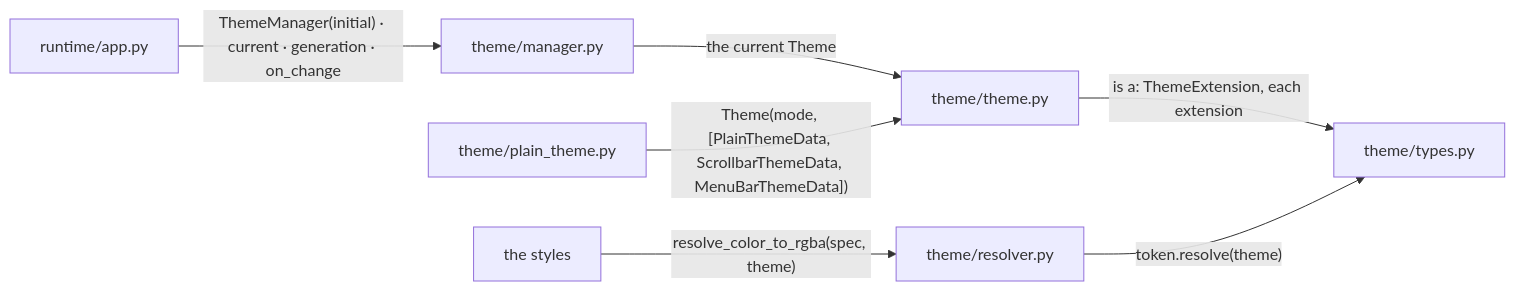
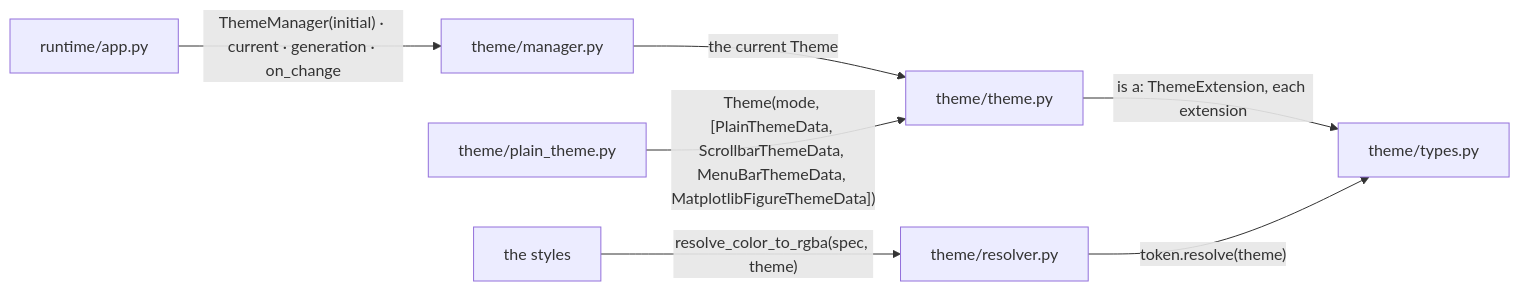
One commit to yuksblog/nuiitivet changed the second of 6 diagrams in docs/design/STYLE_THEME.md. Above: the diagram before and after it, drawn with Mermaid. The commit also changed other lines of this file and 11 other files, not shown here.

First line of the commit message:
refactor: nuiitivet.matplotlib package, the figure colored by a palette extension

````diff
--- a/docs/design/STYLE_THEME.md
+++ b/docs/design/STYLE_THEME.md
@@ -55,17 +54,17 @@
 ```mermaid
 flowchart LR
     theme[theme/theme.py]
     types[theme/types.py]
     resolver[theme/resolver.py]
     manager[theme/manager.py]
     plain[theme/plain_theme.py]
     appscope[runtime/app.py]
     styles[the styles]
 
     theme -- "is a: ThemeExtension, each extension" --> types
     resolver -- "token.resolve(theme)" --> types
     styles -- "resolve_color_to_rgba(spec, theme)" --> resolver
     appscope -- "ThemeManager(initial) · current · generation · on_change" --> manager
     manager -- "the current Theme" --> theme
-    plain -- "Theme(mode, [PlainThemeData, ScrollbarThemeData, MenuBarThemeData])" --> theme
+    plain -- "Theme(mode, [PlainThemeData, ScrollbarThemeData, MenuBarThemeData, MatplotlibFigureThemeData])" --> theme
 ```
````
